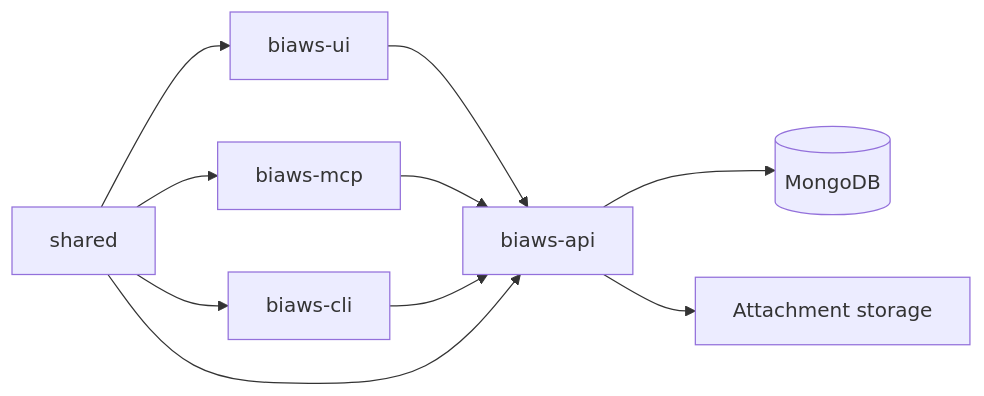
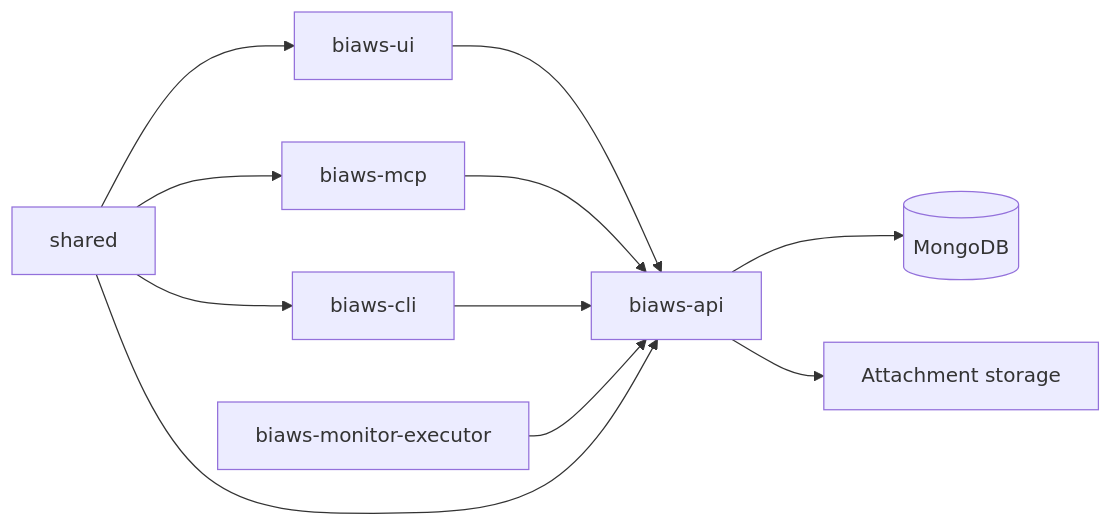
One commit to fbondia/biaws changed the diagram in docs/guidelines/architecture-boundaries.md. Above: the diagram before and after it, drawn with Mermaid. The commit also changed other lines of this file and 28 other files, not shown here.

````diff
--- a/docs/guidelines/architecture-boundaries.md
+++ b/docs/guidelines/architecture-boundaries.md
@@ -8,12 +8,13 @@
 ```mermaid
 flowchart LR
     UI["biaws-ui"] --> API["biaws-api"]
     MCP["biaws-mcp"] --> API
     CLI["biaws-cli"] --> API
+    Executor["biaws-monitor-executor"] --> API
     API --> Mongo[(MongoDB)]
     API --> Storage["Attachment storage"]
     Shared["shared"] --> UI
     Shared --> API
     Shared --> MCP
     Shared --> CLI
 ```
````
